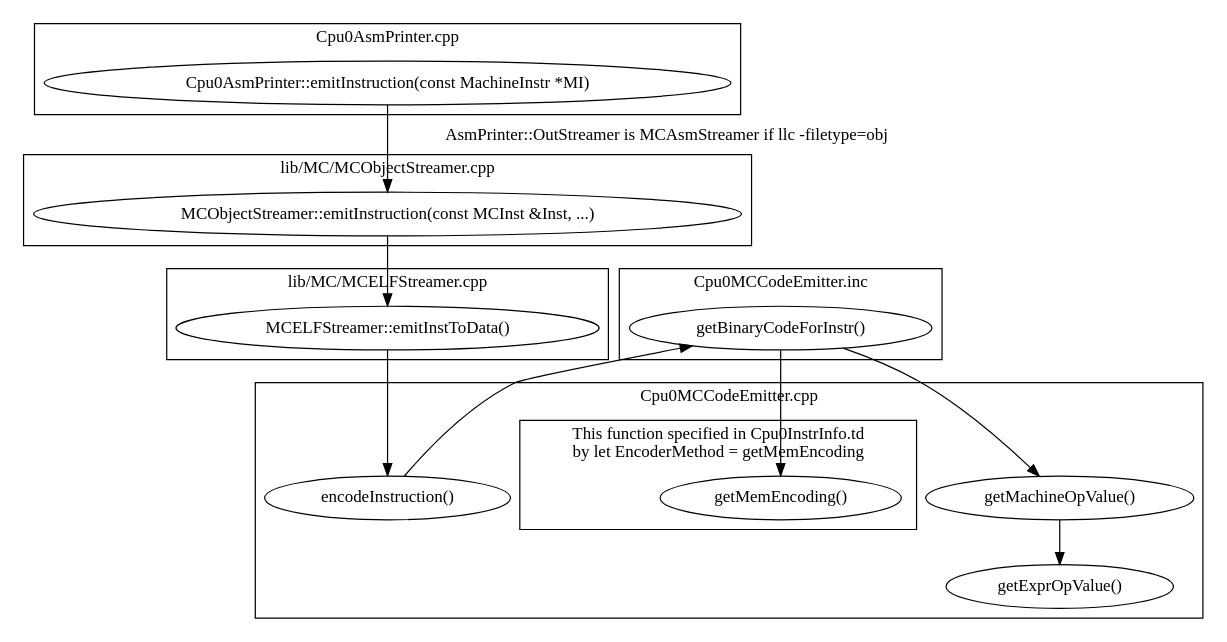
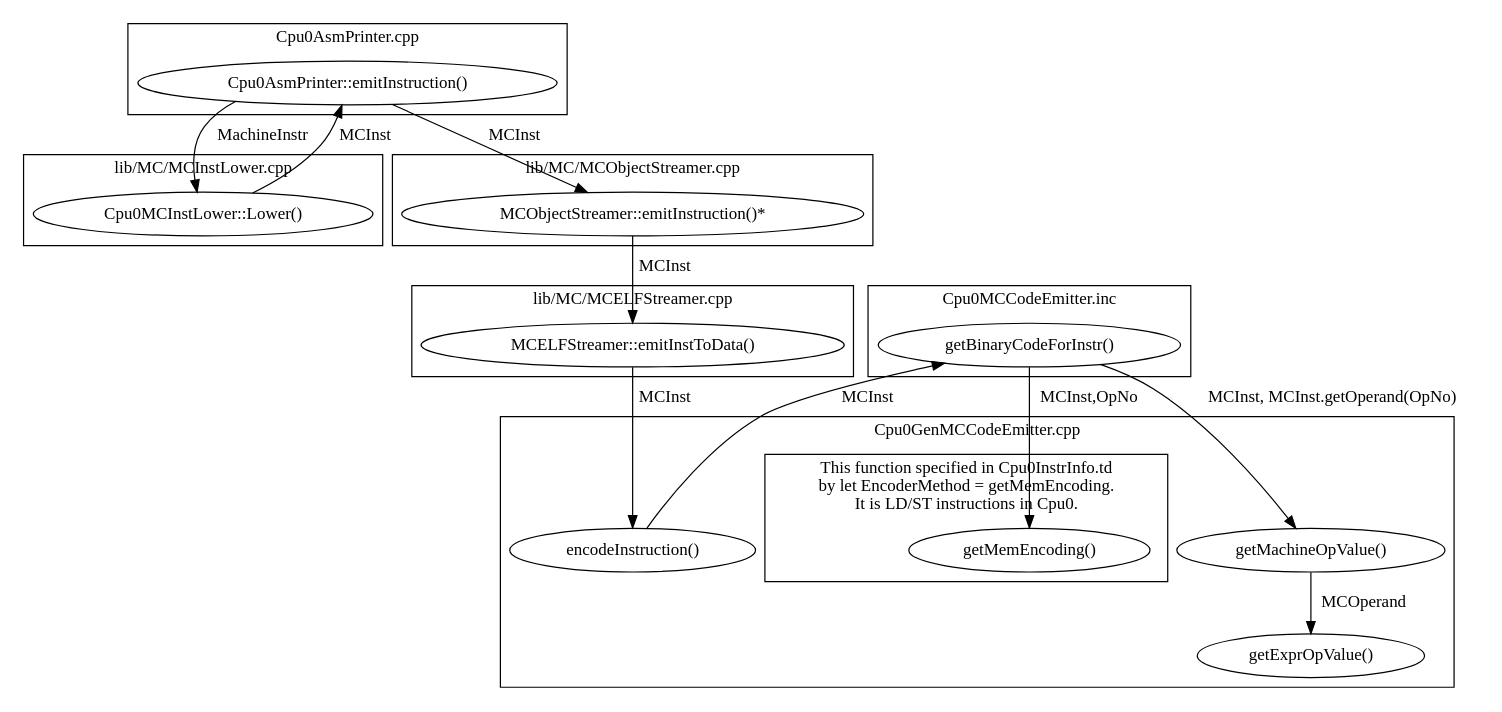
The diagram in Fig/genobj/callFunctions.gv (Jonathan2251/lbd), drawn with Graphviz before and after one commit. The commit also changed 31 other files, not shown here.

```diff
--- a/Fig/genobj/callFunctions.gv
+++ b/Fig/genobj/callFunctions.gv
@@ -1,36 +1,44 @@
 digraph G {
   rankdir=TB;
-  compound=true;
-  E1 -> E2 [label="AsmPrinter::OutStreamer is MCAsmStreamer if llc -filetype=obj"];
-  E2 -> "MCELFStreamer::emitInstToData()" -> "encodeInstruction()" -> "getBinaryCodeForInstr()";
-  "getBinaryCodeForInstr()" -> EM;
-  "getBinaryCodeForInstr()" -> "getMachineOpValue()";
+  E1 -> E2 [label="MachineInstr"];
+  E2 -> E1 [label="MCInst"];
+  E1 -> E3 [label="MCInst"];
+
+  E3 -> "MCELFStreamer::emitInstToData()" [label="MCInst"];
+  "MCELFStreamer::emitInstToData()" -> "encodeInstruction()" [label="MCInst"];
+  "encodeInstruction()" -> "getBinaryCodeForInstr()" [label="MCInst"];
+  "getBinaryCodeForInstr()" -> EM  [label="MCInst,OpNo"];
+  "getBinaryCodeForInstr()" -> "getMachineOpValue()" [label="MCInst, MCInst.getOperand(OpNo)"];
   subgraph clusterCpu0Asm {
     label = "Cpu0AsmPrinter.cpp";
-    E1 [label="Cpu0AsmPrinter::emitInstruction(const MachineInstr *MI)"];
+    E1 [label="Cpu0AsmPrinter::emitInstruction()"];
+  }
+  subgraph clusterMCInstLower {
+    label = "lib/MC/MCInstLower.cpp";
+    E2 [label="Cpu0MCInstLower::Lower()"];
   }
   subgraph clusterObj {
     label = "lib/MC/MCObjectStreamer.cpp";
-    E2 [label="MCObjectStreamer::emitInstruction(const MCInst &Inst, ...)"];
+    E3 [label="MCObjectStreamer::emitInstruction()*"];
   }
   subgraph clusterELF {
     label = "lib/MC/MCELFStreamer.cpp";
     "MCELFStreamer::emitInstToData()";
   }
   subgraph clusterInc {
     label = "Cpu0MCCodeEmitter.inc";
     "getBinaryCodeForInstr()";
   }
   subgraph clusterCpu0MC {
-    label = "Cpu0MCCodeEmitter.cpp";
+    label = "Cpu0GenMCCodeEmitter.cpp";
     "encodeInstruction()";
     "getMachineOpValue()";
     "getExprOpValue()";
-    "getMachineOpValue()" -> "getExprOpValue()";
+    "getMachineOpValue()" -> "getExprOpValue()" [label="MCOperand"];
     subgraph clusterEM {
-      label = "This function specified in Cpu0InstrInfo.td\n by let EncoderMethod = getMemEncoding";
+      label = "This function specified in Cpu0InstrInfo.td\n by let EncoderMethod = getMemEncoding.\nIt is LD/ST instructions in Cpu0.";
       EM [label="getMemEncoding()"];
     }
   }
 //  label = "Figure: Calling Functions of elf encoder";
 }
```
